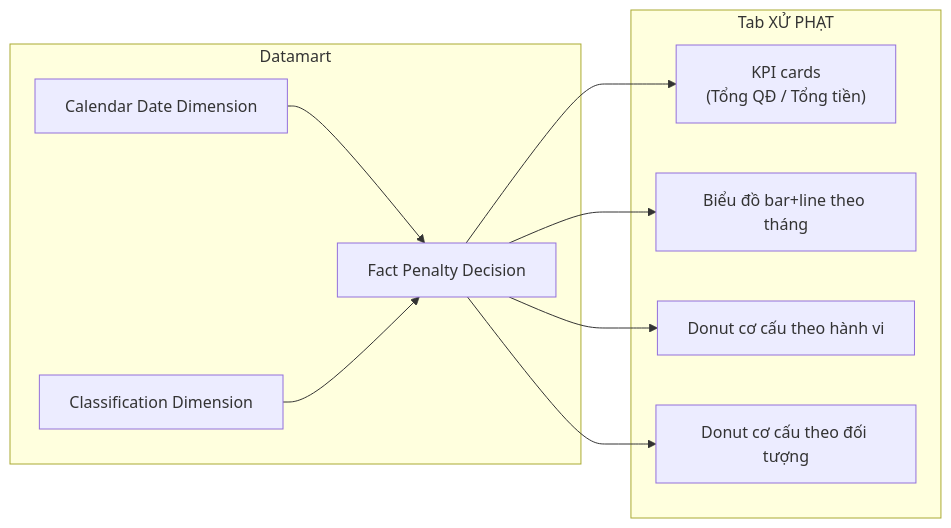
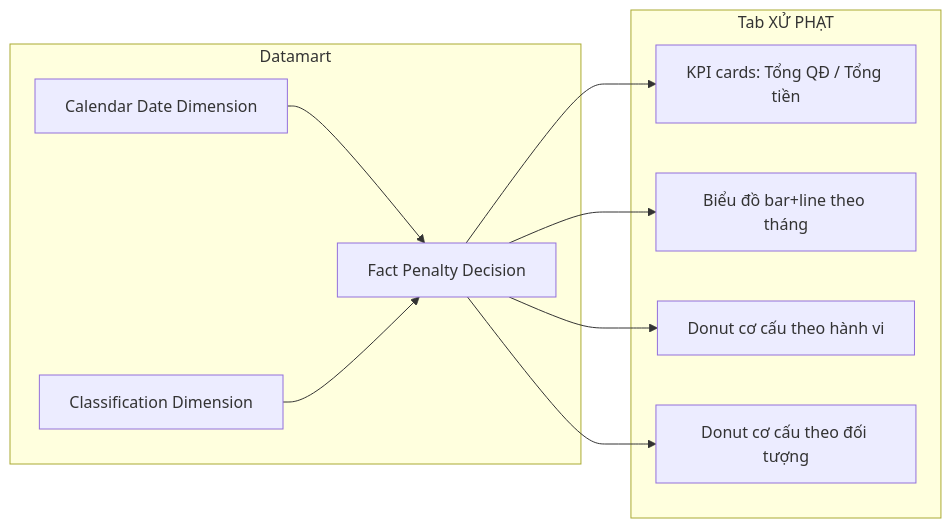
Before and after one commit to linhlvit/ubck_atomic_design: diagram 16 of 25 in Datamart/hld/DTM_TT_HLD.md, drawn with Mermaid. The commit also changed other lines of this file and 2 other files, not shown here.

````diff
--- a/Datamart/hld/DTM_TT_HLD.md
+++ b/Datamart/hld/DTM_TT_HLD.md
@@ -736,20 +752,20 @@
 ```mermaid
 flowchart LR
     subgraph Datamart["Datamart"]
         G1["Fact Penalty Decision"]
         G2["Calendar Date Dimension"]
         G3["Classification Dimension"]
     end
     subgraph RPT["Tab XỬ PHẠT"]
-        R1["KPI cards\n(Tổng QĐ / Tổng tiền)"]
+        R1["KPI cards: Tổng QĐ / Tổng tiền"]
         R2["Biểu đồ bar+line theo tháng"]
         R3["Donut cơ cấu theo hành vi"]
         R4["Donut cơ cấu theo đối tượng"]
     end
     G2 --> G1
     G3 --> G1
     G1 --> R1
     G1 --> R2
     G1 --> R3
     G1 --> R4
 ```
````
